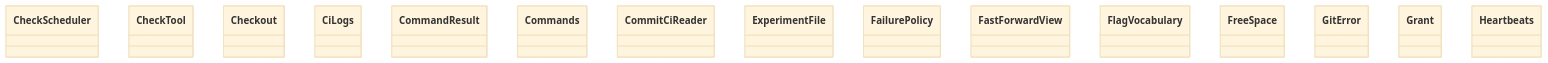
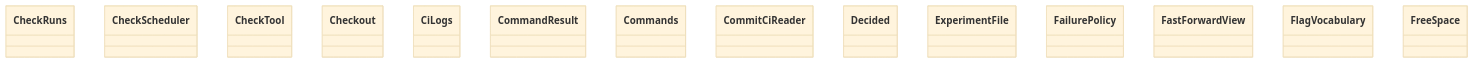
Before and after one commit to GonzaloZevallos/agentic-system: the diagram in docs/architecture/generated/classes-process-application-support-2.md, drawn with Mermaid (base theme). The commit also changed other lines of this file and 22 other files, not shown here.

Commit message:
Place the lesson decision module in the docs clusters and regenerate the architecture pages

````diff
--- a/docs/architecture/generated/classes-process-application-support-2.md
+++ b/docs/architecture/generated/classes-process-application-support-2.md
@@ -19,18 +20,17 @@
 ```mermaid
 classDiagram
+    class ports__CheckRuns["CheckRuns"]
     class ports__CheckScheduler["CheckScheduler"]
     class ports__CheckTool["CheckTool"]
     class ports__Checkout["Checkout"]
     class ports__CiLogs["CiLogs"]
     class ports__CommandResult["CommandResult"]
     class ports__Commands["Commands"]
     class ports__CommitCiReader["CommitCiReader"]
+    class ports__Decided["Decided"]
     class ports__ExperimentFile["ExperimentFile"]
     class ports__FailurePolicy["FailurePolicy"]
     class ports__FastForwardView["FastForwardView"]
     class ports__FlagVocabulary["FlagVocabulary"]
     class ports__FreeSpace["FreeSpace"]
-    class ports__GitError["GitError"]
-    class ports__Grant["Grant"]
-    class ports__Heartbeats["Heartbeats"]
 ```
````
